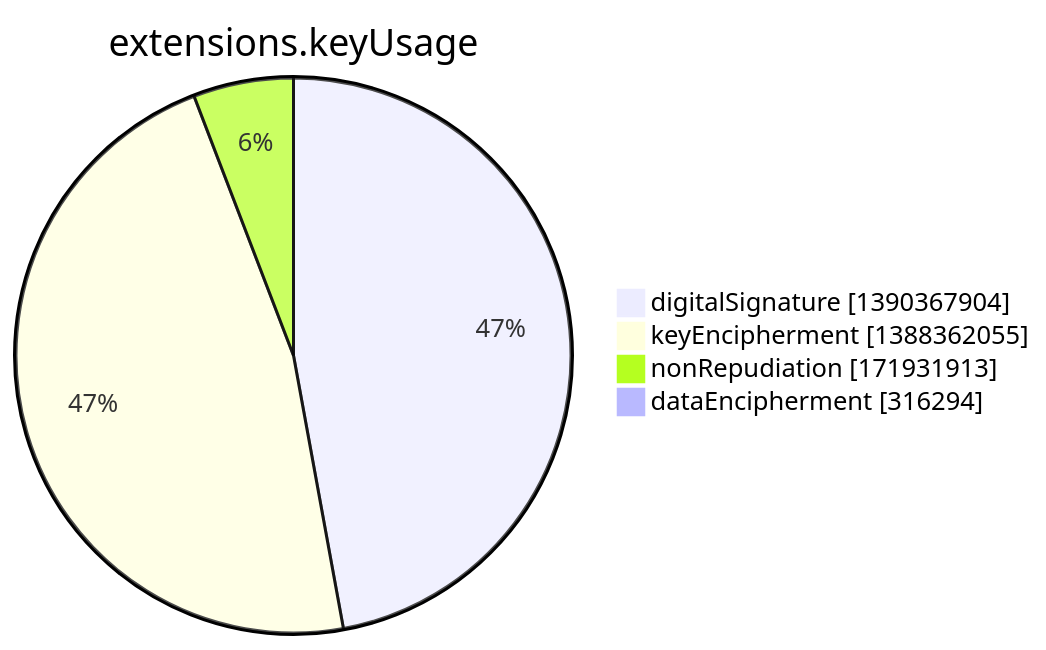
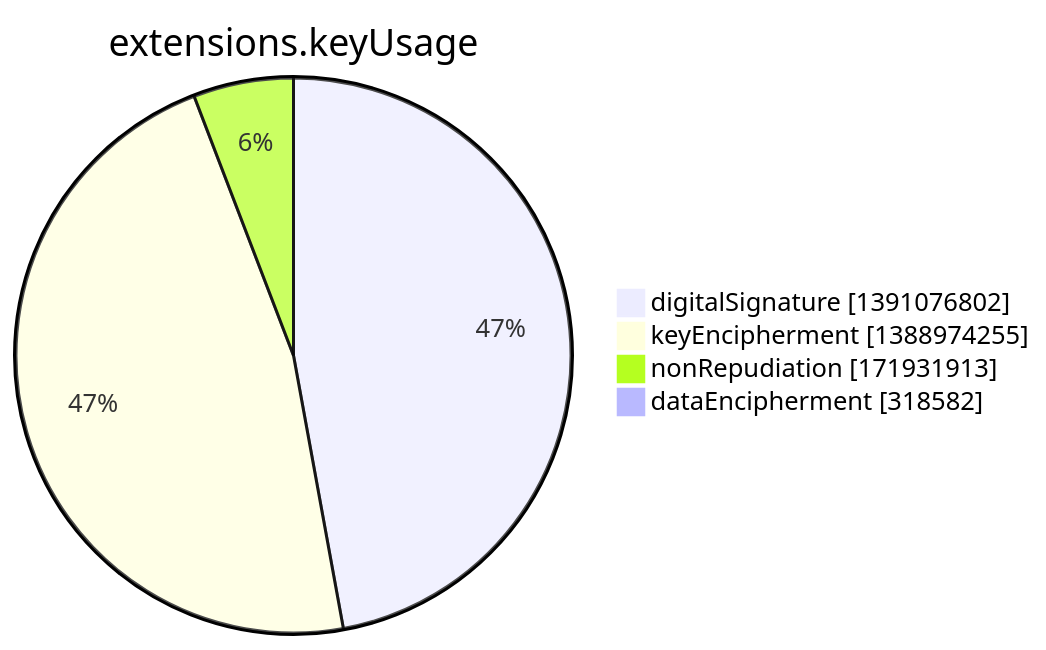
Before and after one commit to christiankrug/ctmonitor_visualization: the seventh of 15 diagrams in argon2022/README.md, drawn with Mermaid. The commit also changed other lines of this file, not shown here.

````diff
--- a/argon2022/README.md
+++ b/argon2022/README.md
@@ -2751,8 +2751,8 @@
 ```mermaid
 pie showData
 title extensions.keyUsage
-"digitalSignature" :1390367904
-"keyEncipherment" :1388362055
+"digitalSignature" :1391076802
+"keyEncipherment" :1388974255
 "nonRepudiation" :171931913
-"dataEncipherment" :316294
+"dataEncipherment" :318582
 ```
````
